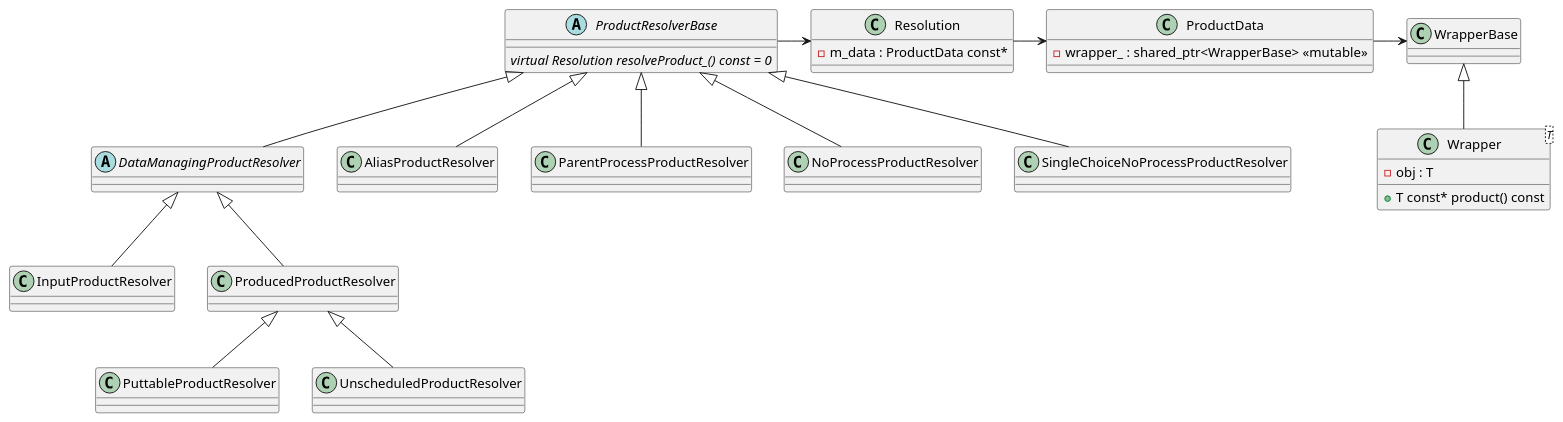
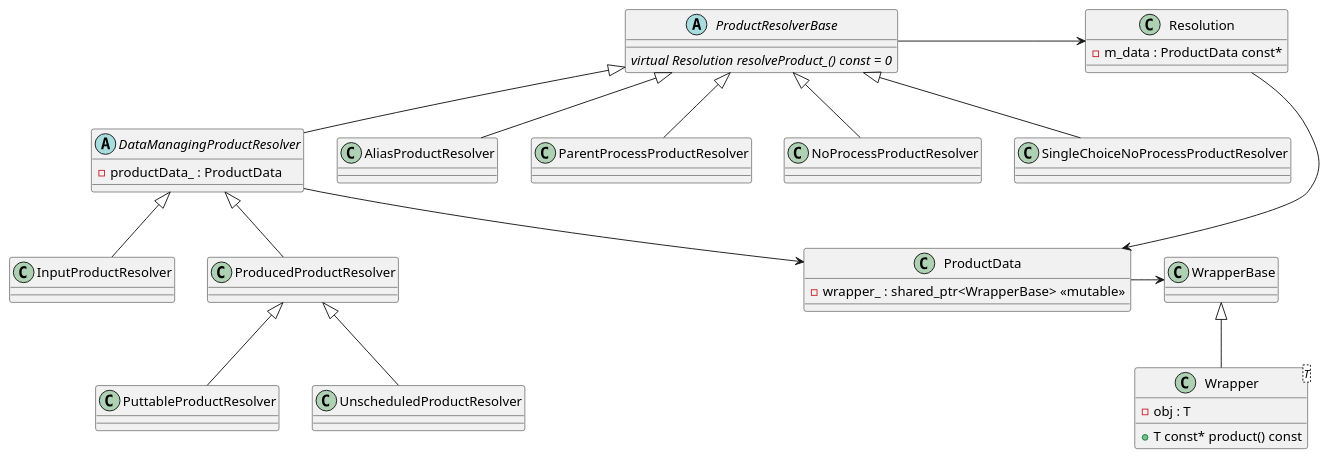
Before and after one commit to art-framework-suite/art: the diagram in doc/cmssw-product-resolvers.pu, drawn with PlantUML. The commit also changed 4 other files, not shown here.

Commit message:
Correct UML diagrams.

```diff
--- a/doc/cmssw-product-resolvers.pu
+++ b/doc/cmssw-product-resolvers.pu
@@ -1,30 +1,33 @@
 @startuml
 abstract class ProductResolverBase {
   {abstract} virtual Resolution resolveProduct_() const = 0
 }
 ProductResolverBase <|-- DataManagingProductResolver
 ProductResolverBase -> Resolution
-abstract class DataManagingProductResolver
+abstract class DataManagingProductResolver {
+  - productData_ : ProductData
+}
+DataManagingProductResolver --> ProductData
 DataManagingProductResolver <|-- InputProductResolver
 DataManagingProductResolver <|-- ProducedProductResolver
 ProducedProductResolver <|-- PuttableProductResolver
 ProducedProductResolver <|-- UnscheduledProductResolver
 ProductResolverBase <|-- AliasProductResolver
 ProductResolverBase <|-- ParentProcessProductResolver
 ProductResolverBase <|-- NoProcessProductResolver
 ProductResolverBase <|-- SingleChoiceNoProcessProductResolver
 
 class Resolution {
   - m_data : ProductData const*
 }
 class ProductData {
   - wrapper_ : shared_ptr<WrapperBase> <<mutable>>
 }
 Resolution -> ProductData
 ProductData -> WrapperBase
 WrapperBase <|-- Wrapper
 class Wrapper<T>{
   - obj : T
   + T const* product() const
 }
 @enduml
```
